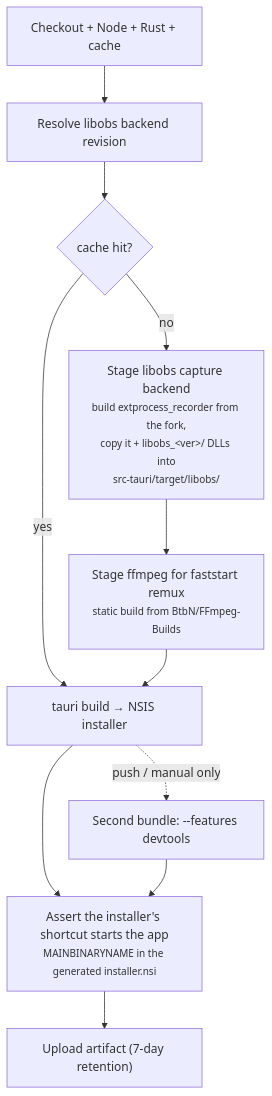
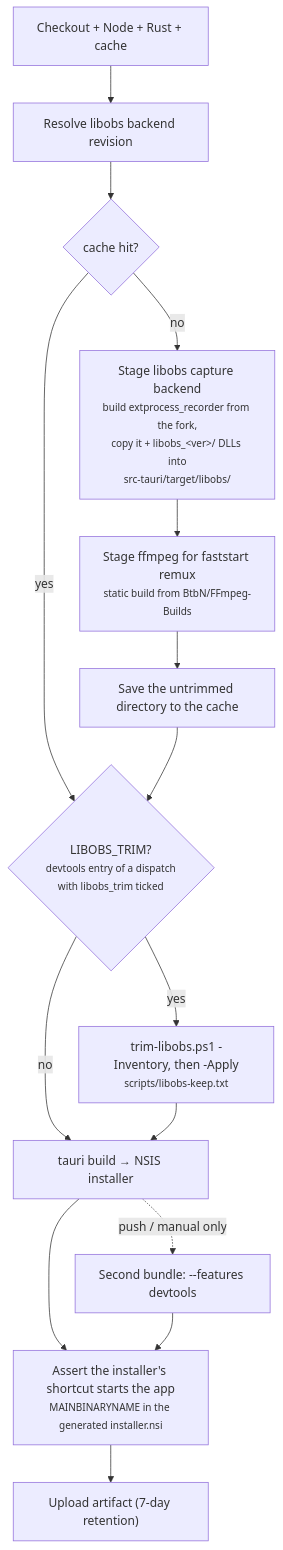
The second of 3 diagrams in docs/ci-and-releases.md (NinjaGoldfinch/ninja-recorder), drawn with Mermaid before and after one commit. The commit also changed other lines of this file and 5 other files, not shown here.

First line of the commit message:
feat(ci): trim libobs to a keep-list read off the staged tree, devtools only (#5) (#211)

````diff
--- a/docs/ci-and-releases.md
+++ b/docs/ci-and-releases.md
@@ -358,13 +375,17 @@
 ```mermaid
 flowchart TB
     S["Checkout + Node + Rust + cache"] --> W1["Resolve libobs backend revision"]
     W1 --> W2{"cache hit?"}
     W2 -->|"no"| W3["Stage libobs capture backend<br/><small>build extprocess_recorder from the fork,<br/>copy it + libobs_&lt;ver&gt;/ DLLs into<br/>src-tauri/target/libobs/</small>"]
     W3 --> W4["Stage ffmpeg for faststart remux<br/><small>static build from BtbN/FFmpeg-Builds</small>"]
-    W2 -->|"yes"| W5
-    W4 --> W5["tauri build → NSIS installer"]
+    W4 --> WS["Save the untrimmed directory to the cache"]
+    W2 -->|"yes"| TR
+    WS --> TR{"LIBOBS_TRIM?<br/><small>devtools entry of a dispatch<br/>with libobs_trim ticked</small>"}
+    TR -->|"yes"| TT["trim-libobs.ps1 -Inventory, then -Apply<br/><small>scripts/libobs-keep.txt</small>"]
+    TR -->|"no"| W5
+    TT --> W5["tauri build → NSIS installer"]
     W5 --> C["Assert the installer's shortcut starts the app<br/><small>MAINBINARYNAME in the generated installer.nsi</small>"]
     C --> U["Upload artifact (7-day retention)"]
     W5 -.->|"push / manual only"| W6["Second bundle: --features devtools"]
     W6 --> C
 ```
````
